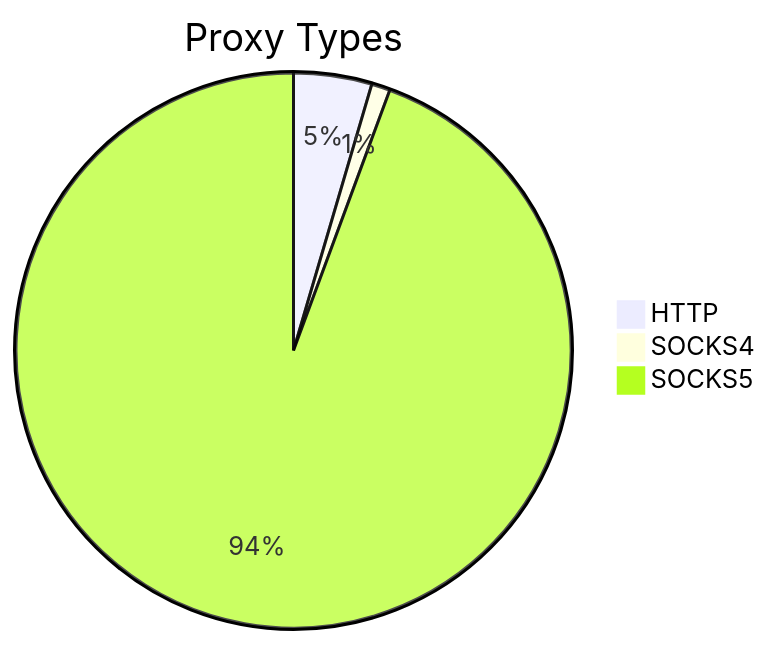
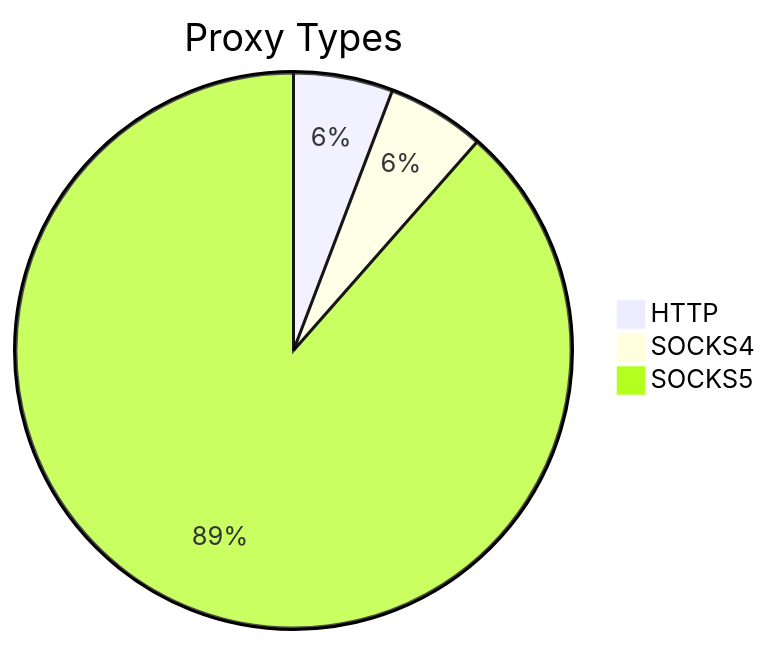
The first of 2 diagrams in README.md (stormsia/proxy-list), drawn with Mermaid before and after one commit. The commit also changed other lines of this file, not shown here.

````diff
--- a/README.md
+++ b/README.md
@@ -21,6 +21,6 @@
 ```mermaid
 pie title Proxy Types
-    "HTTP" : 109
-    "SOCKS4" : 26
-    "SOCKS5" : 2259
+    "HTTP" : 267
+    "SOCKS4" : 263
+    "SOCKS5" : 4084
 ```
````
